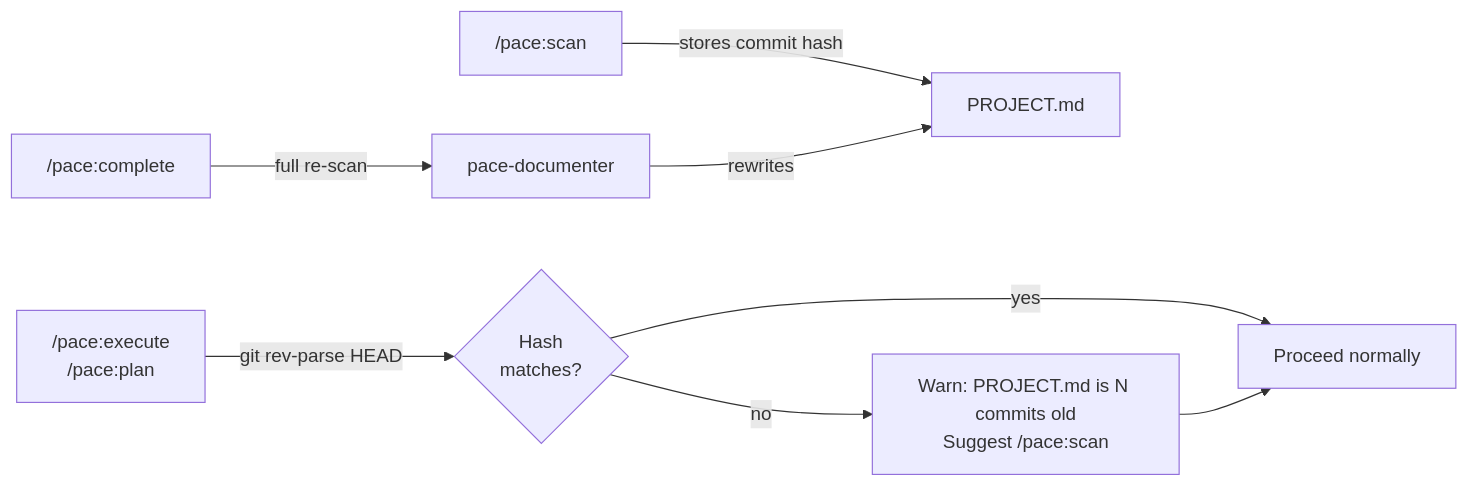
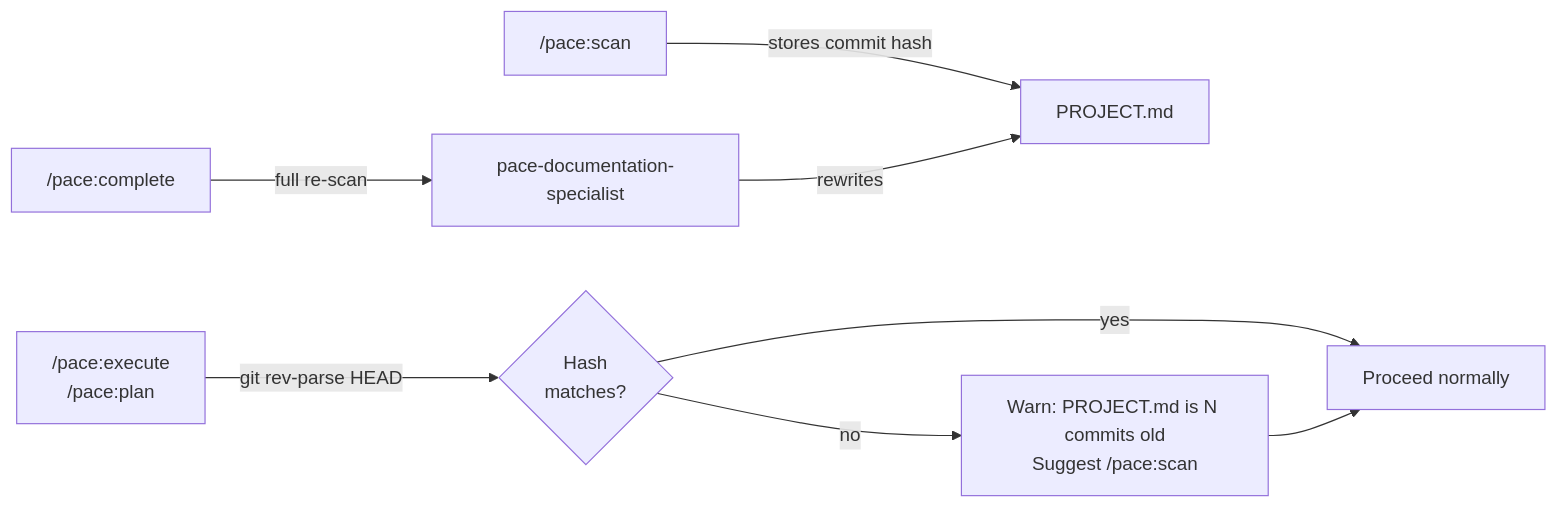
Before and after one commit to jwprichard/pace: the sixth of 6 diagrams in docs/architecture.md, drawn with Mermaid. The commit also changed other lines of this file, not shown here.

Commit message:
Update docs/architecture.md to fix agent names and add missing command flows

````diff
--- a/docs/architecture.md
+++ b/docs/architecture.md
@@ -152,11 +181,11 @@
 ```mermaid
 flowchart LR
     scan["/pace:scan"] -->|stores commit hash| project["PROJECT.md"]
     execute["/pace:execute\n/pace:plan"] -->|git rev-parse HEAD| check{"Hash\nmatches?"}
     check -->|yes| proceed["Proceed normally"]
     check -->|no| warn["Warn: PROJECT.md is N commits old\nSuggest /pace:scan"]
     warn --> proceed
 
-    complete["/pace:complete"] -->|full re-scan| documenter["pace-documenter"]
-    documenter -->|rewrites| project
+    complete["/pace:complete"] -->|full re-scan| docspec["pace-documentation-specialist"]
+    docspec -->|rewrites| project
 ```
````
